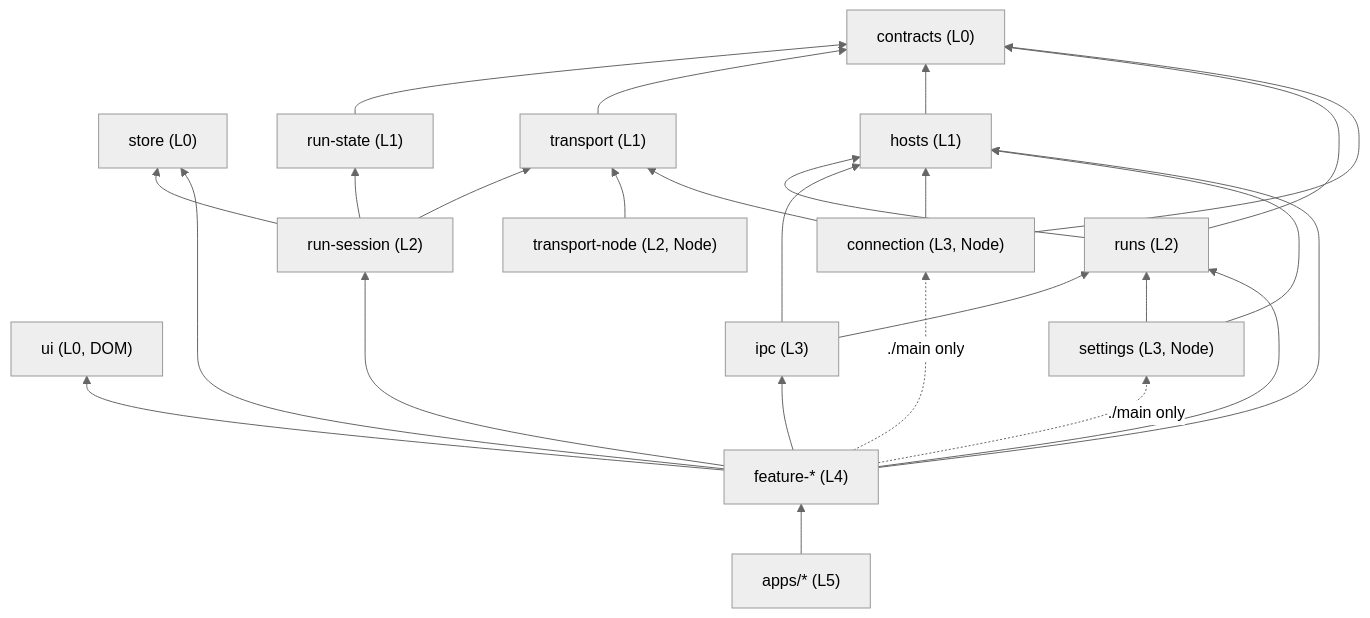
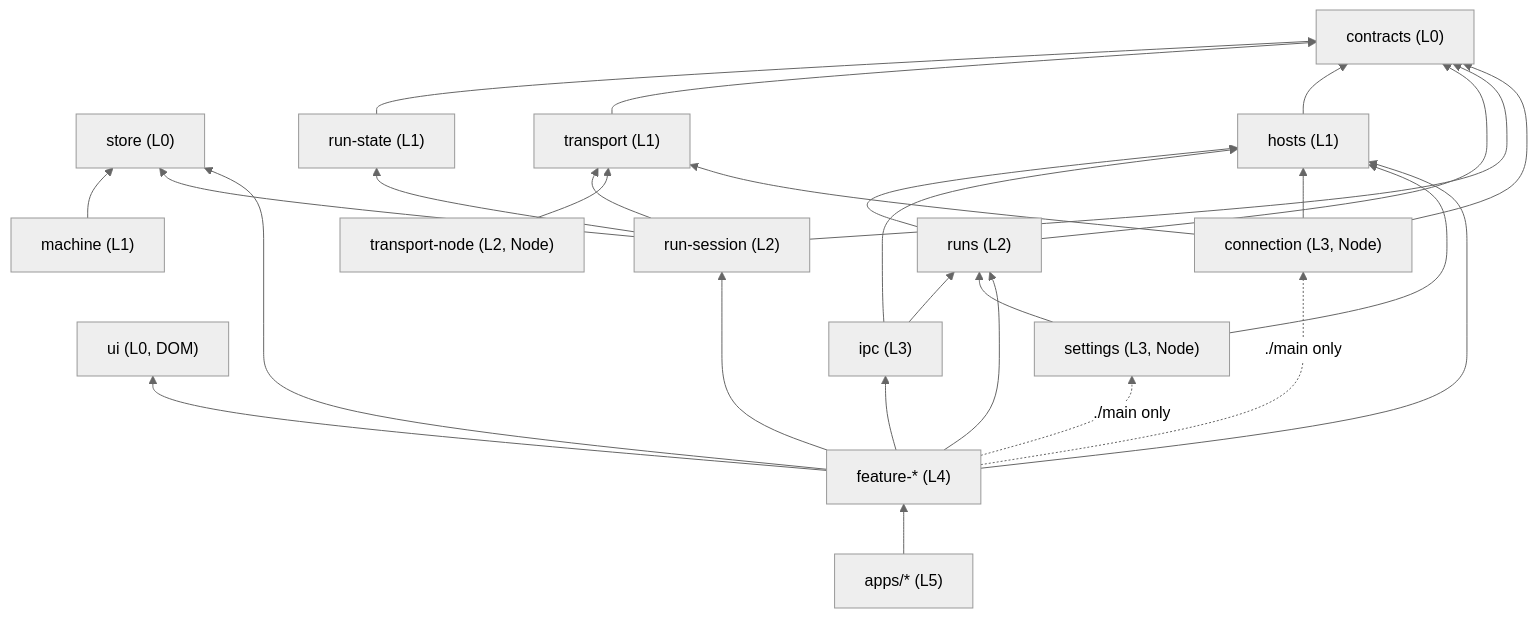
The diagram in docs/contributing/clients-architecture.md (6Mikao9/vibesys), drawn with Mermaid (neutral theme) before and after one commit. The commit also changed other lines of this file and 35 other files, not shown here.

````diff
--- a/docs/contributing/clients-architecture.md
+++ b/docs/contributing/clients-architecture.md
@@ -66,18 +69,19 @@
 ```mermaid
 flowchart BT
   contracts["contracts (L0)"]
   ui["ui (L0, DOM)"]
   store["store (L0)"]
   run-state["run-state (L1)"] --> contracts
   transport["transport (L1)"] --> contracts
   hosts["hosts (L1)"] --> contracts
   runs["runs (L2)"] --> contracts & hosts
-  run-session["run-session (L2)"] --> run-state & transport & store
+  machine["machine (L1)"] --> store
+  run-session["run-session (L2)"] --> contracts & run-state & transport & store
   transport-node["transport-node (L2, Node)"] --> transport
   ipc["ipc (L3)"] --> hosts & runs
   connection["connection (L3, Node)"] --> contracts & transport & hosts
   settings["settings (L3, Node)"] --> hosts & runs
   features["feature-* (L4)"] --> run-session & runs & hosts & ipc & ui & store
   features -. "./main only" .-> connection & settings
   apps["apps/* (L5)"] --> features
 ```
````
